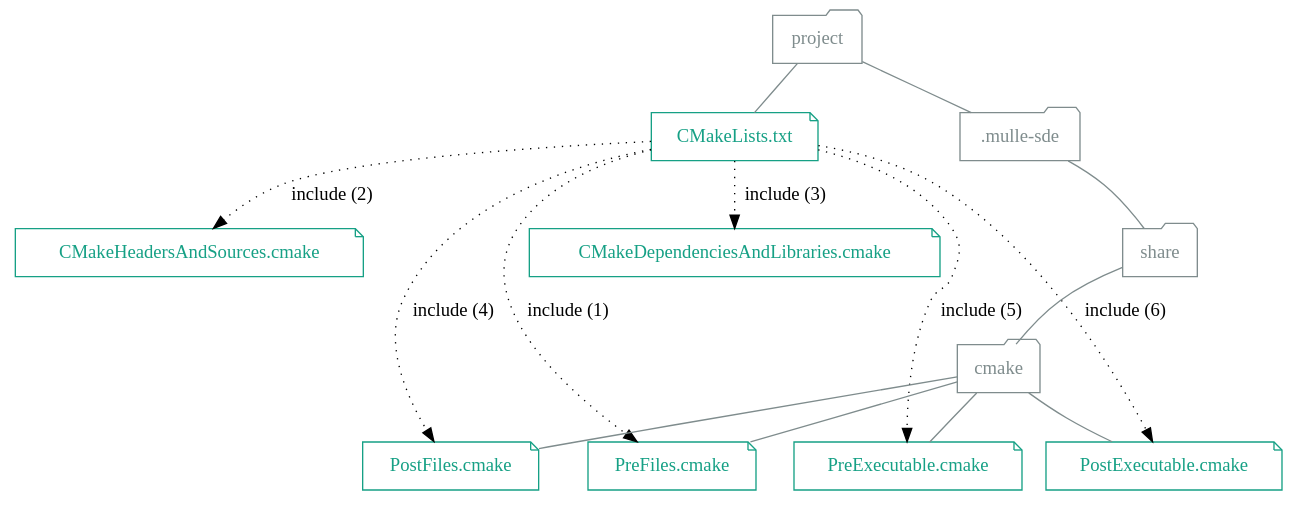
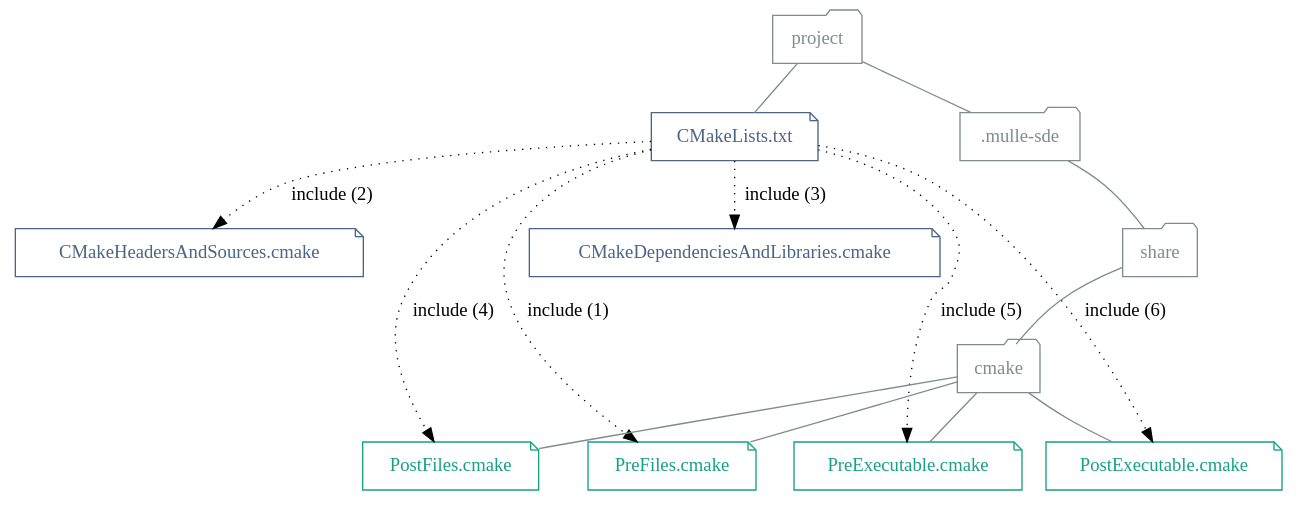
One commit to mulle-nat-stash/mulle-core-developer changed the diagram in dox/mulle-sde-c-developer.dot. Above: the diagram before and after it, drawn with Graphviz. The commit also changed 40 other files, not shown here.

```diff
--- a/dox/mulle-sde-c-developer.dot
+++ b/dox/mulle-sde-c-developer.dot
@@ -1,45 +1,45 @@
 digraph G {
     graph [rankdir = TD];
 
     node[ shape=folder];
 
     { rank = same;  "CMakeLists.txt", ".mulle-sde" };
 
     "project"                           [ color="#7f8c8d", fontcolor="#7f8c8d" ]
 
     "project" -> "CMakeLists.txt"       [ arrowhead="none", color="#7f8c8d" ]
     "project" -> ".mulle-sde"         [ arrowhead="none", color="#7f8c8d" ]
 
-    "CMakeLists.txt"                    [ shape="note", color="#16a085", fontcolor="#16a085" ]
+    "CMakeLists.txt"                    [ shape="note", color="#4b6584", fontcolor="#4b6584" ]
 
-    "CMakeHeadersAndSources.cmake"        [ shape="note", color="#16a085", fontcolor="#16a085" ]
-    "CMakeDependenciesAndLibraries.cmake" [ shape="note", color="#16a085", fontcolor="#16a085" ]
+    "CMakeHeadersAndSources.cmake"        [ shape="note", color="#4b6584", fontcolor="#4b6584" ]
+    "CMakeDependenciesAndLibraries.cmake" [ shape="note", color="#4b6584", fontcolor="#4b6584" ]
 
     "CMakeLists.txt" -> "CMakeHeadersAndSources.cmake"         [ style="dotted", label="include (2)" ]
     "CMakeLists.txt" -> "CMakeDependenciesAndLibraries.cmake"  [ style="dotted", label="include (3)" ]
 
 
     { rank = same;  "PreFiles.cmake", "PostFiles.cmake", "PreExecutable.cmake", "PostExecutable.cmake" };
 
     ".mulle-sde" -> "share"                 [ arrowhead="none", color="#7f8c8d" ]
     "share"      -> "cmake"                 [ arrowhead="none", color="#7f8c8d" ]
     "cmake"      -> "PreFiles.cmake"        [ arrowhead="none", color="#7f8c8d" ]
     "cmake"      -> "PostFiles.cmake"       [ arrowhead="none", color="#7f8c8d" ]
     "cmake"      -> "PreExecutable.cmake"   [ arrowhead="none", color="#7f8c8d" ]
     "cmake"      -> "PostExecutable.cmake"  [ arrowhead="none", color="#7f8c8d" ]
 
     ".mulle-sde"       [ color="#7f8c8d", fontcolor="#7f8c8d" ]
     "share"            [ color="#7f8c8d", fontcolor="#7f8c8d" ]
     "cmake"            [ color="#7f8c8d", fontcolor="#7f8c8d" ]
 
     "PreFiles.cmake"         [ shape="note", color="#16a085", fontcolor="#16a085" ]
     "PostFiles.cmake"        [ shape="note", color="#16a085", fontcolor="#16a085" ]
     "PreExecutable.cmake"    [ shape="note", color="#16a085", fontcolor="#16a085" ]
     "PostExecutable.cmake"   [ shape="note", color="#16a085", fontcolor="#16a085" ]
 
     "CMakeLists.txt" -> "PreFiles.cmake"        [ style="dotted", label="include (1)" ]
     "CMakeLists.txt" -> "PostFiles.cmake"       [ style="dotted", label="include (4)" ]
     "CMakeLists.txt" -> "PreExecutable.cmake"   [ style="dotted", label="include (5)" ]
     "CMakeLists.txt" -> "PostExecutable.cmake"  [ style="dotted", label="include (6)" ]
 
 }
```
